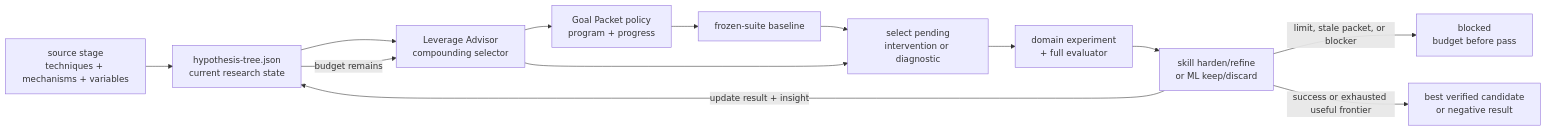
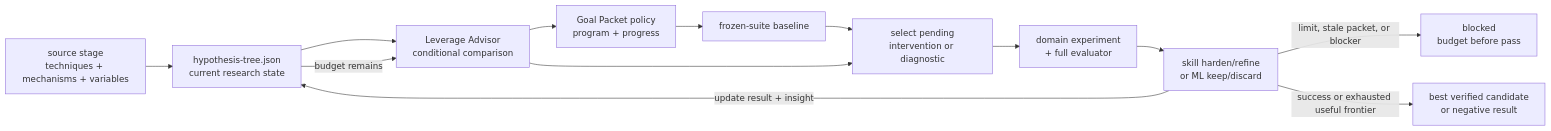
Before and after one commit to ZanarkandTechnologies/Farplane: the diagram in docs/systems/self-improvement-learning.md, drawn with Mermaid. The commit also changed other lines of this file and 45 other files, not shown here.

````diff
--- a/docs/systems/self-improvement-learning.md
+++ b/docs/systems/self-improvement-learning.md
@@ -171,20 +179,20 @@
 ```mermaid
 flowchart LR
   coverage["source stage<br/>techniques + mechanisms + variables"]
   tree["hypothesis-tree.json<br/>current research state"]
-  leverage["Leverage Advisor<br/>compounding selector"]
+  leverage["Leverage Advisor<br/>conditional comparison"]
   packet["Goal Packet policy<br/>program + progress"]
   baseline["frozen-suite baseline"]
   select["select pending<br/>intervention or diagnostic"]
   execute["domain experiment<br/>+ full evaluator"]
   harden["skill harden/refine<br/>or ML keep/discard"]
   blocked["blocked<br/>budget before pass"]
   result["best verified candidate<br/>or negative result"]
 
   coverage --> tree --> leverage --> packet --> baseline --> select --> execute --> harden
   harden -->|update result + insight| tree
   tree -->|budget remains| leverage
   leverage --> select
   harden -->|limit, stale packet, or blocker| blocked
   harden -->|success or exhausted useful frontier| result
 ```
````
